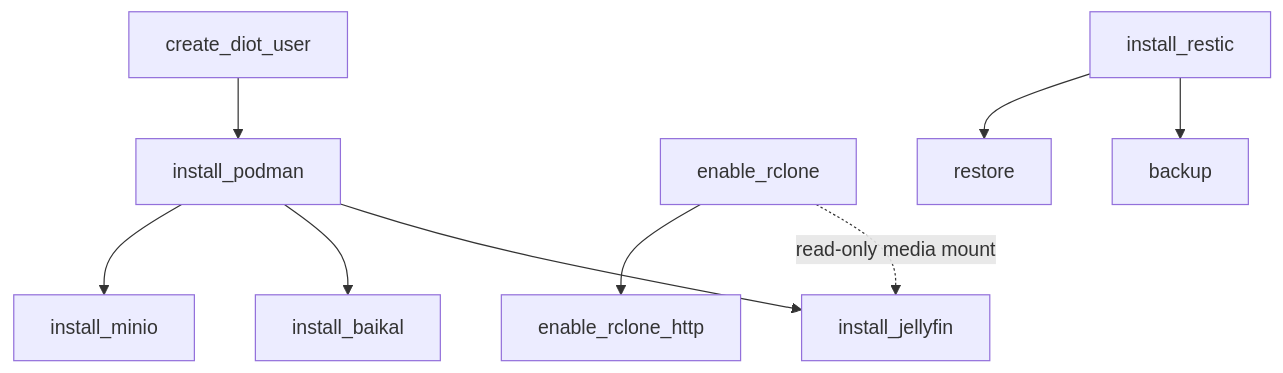
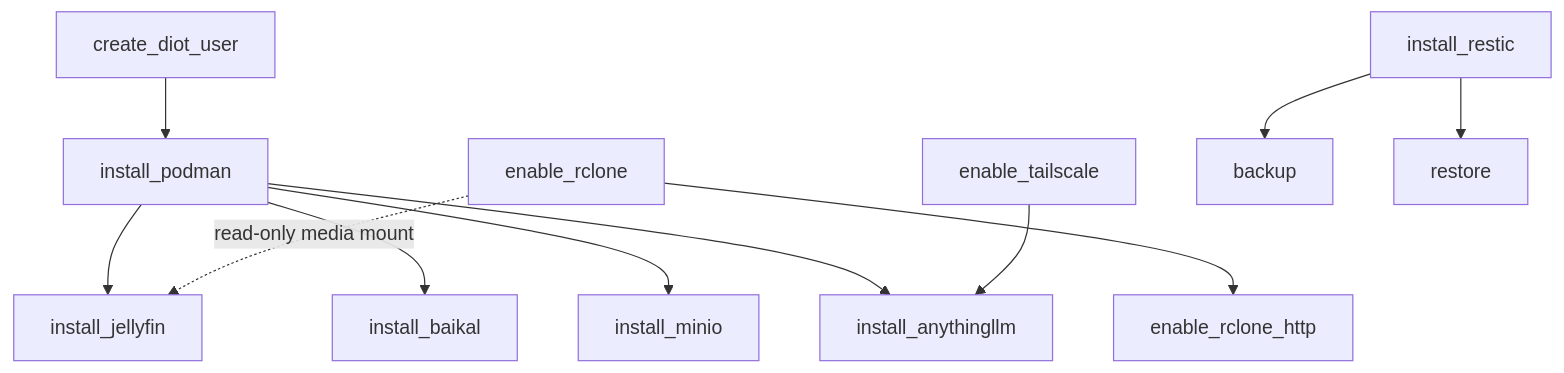
Before and after one commit to BinaryBand/strata: the diagram in README.md, drawn with Mermaid. The commit also changed other lines of this file and 18 other files, not shown here.

````diff
--- a/README.md
+++ b/README.md
@@ -96,11 +96,13 @@
 ```mermaid
 flowchart TD
     diot[create_diot_user] --> podman[install_podman]
     podman --> jellyfin[install_jellyfin]
     rclone[enable_rclone] -. read-only media mount .-> jellyfin
     rclone --> rclone_http[enable_rclone_http]
     podman --> baikal[install_baikal]
     podman --> minio[install_minio]
+    podman --> anythingllm[install_anythingllm]
+    tailscale[enable_tailscale] --> anythingllm
     restic[install_restic] --> backup[backup]
     restic --> restore[restore]
 ```
````
